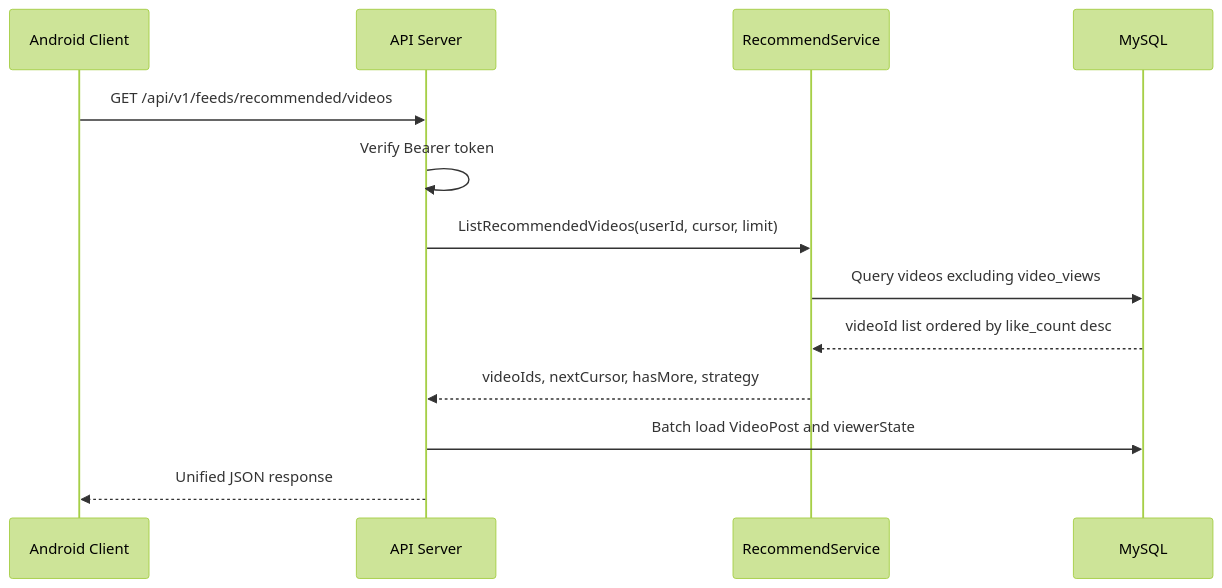
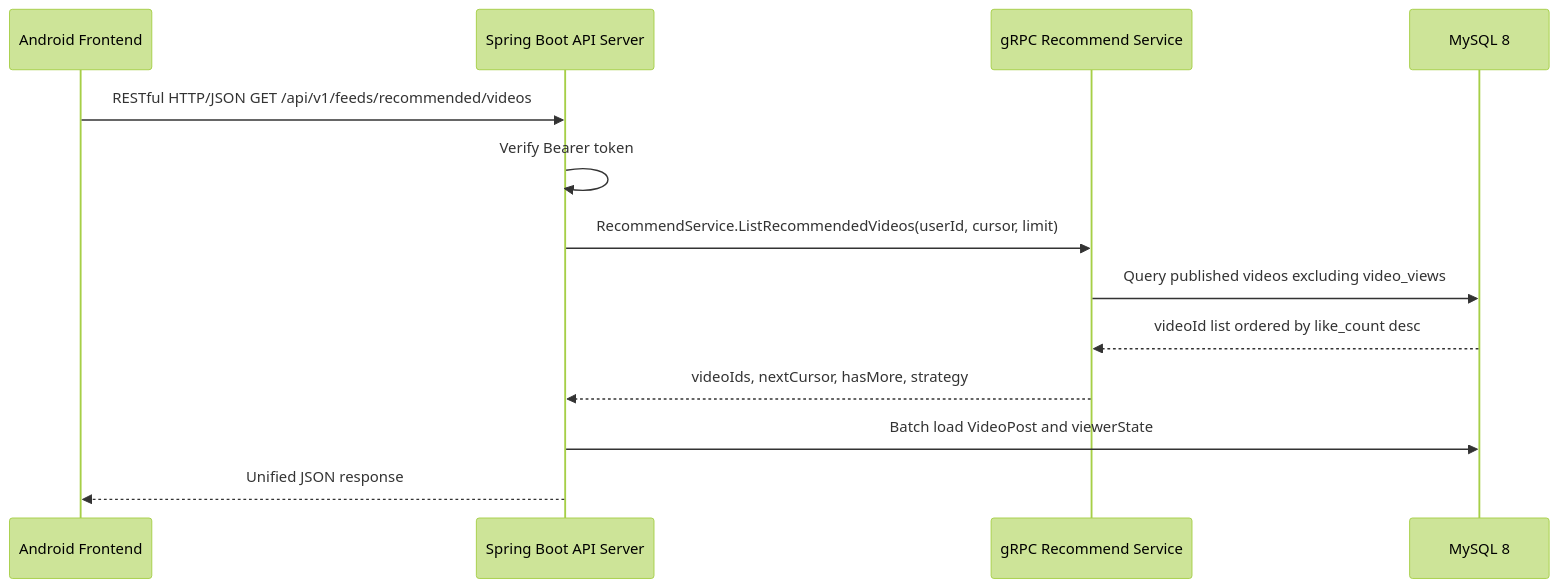
The diagram in docs/rpc-design.md (lyiln/simple-douyin), drawn with Mermaid (forest theme) before and after one commit. The commit also changed other lines of this file and 8 other files, not shown here.

````diff
--- a/docs/rpc-design.md
+++ b/docs/rpc-design.md
@@ -16,16 +24,16 @@
 ```mermaid
 sequenceDiagram
-    participant Client as Android Client
-    participant API as API Server
-    participant RPC as RecommendService
-    participant DB as MySQL
+    participant Client as Android Frontend
+    participant API as Spring Boot API Server
+    participant RPC as gRPC Recommend Service
+    participant DB as MySQL 8
 
-    Client->>API: GET /api/v1/feeds/recommended/videos
+    Client->>API: RESTful HTTP/JSON GET /api/v1/feeds/recommended/videos
     API->>API: Verify Bearer token
-    API->>RPC: ListRecommendedVideos(userId, cursor, limit)
-    RPC->>DB: Query videos excluding video_views
+    API->>RPC: RecommendService.ListRecommendedVideos(userId, cursor, limit)
+    RPC->>DB: Query published videos excluding video_views
     DB-->>RPC: videoId list ordered by like_count desc
     RPC-->>API: videoIds, nextCursor, hasMore, strategy
     API->>DB: Batch load VideoPost and viewerState
     API-->>Client: Unified JSON response
 ```
````
